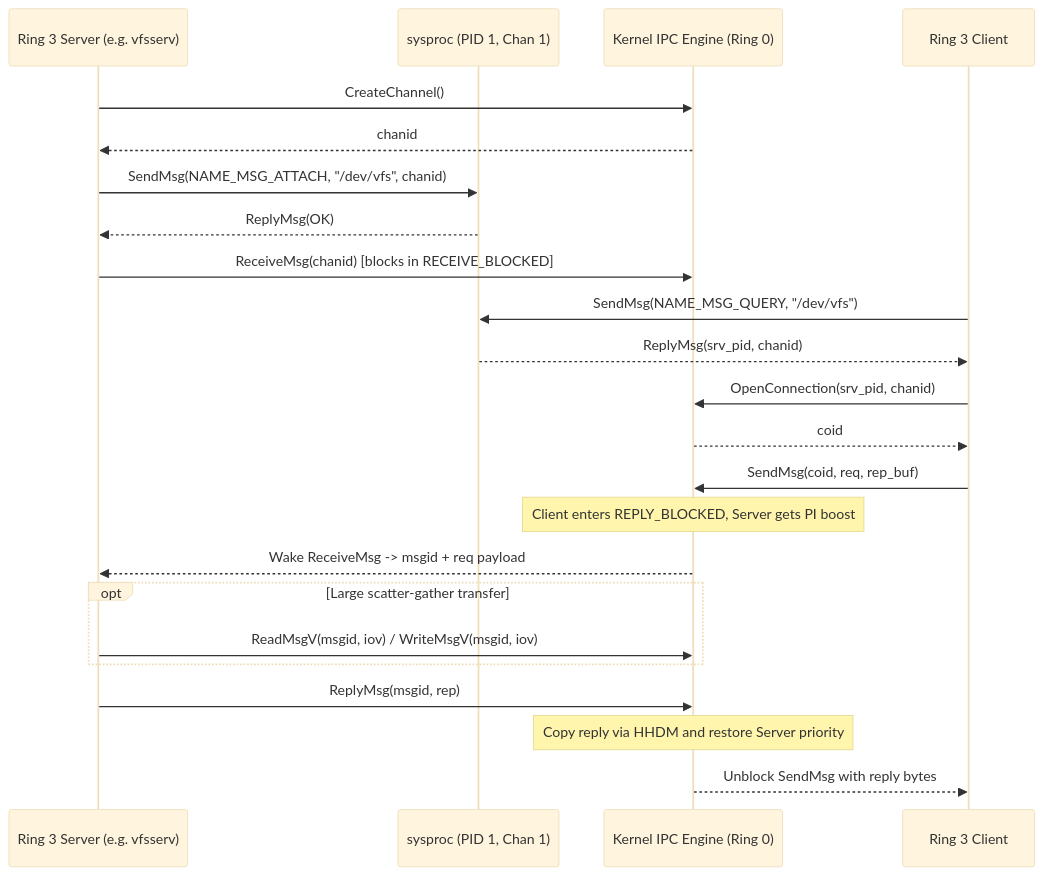
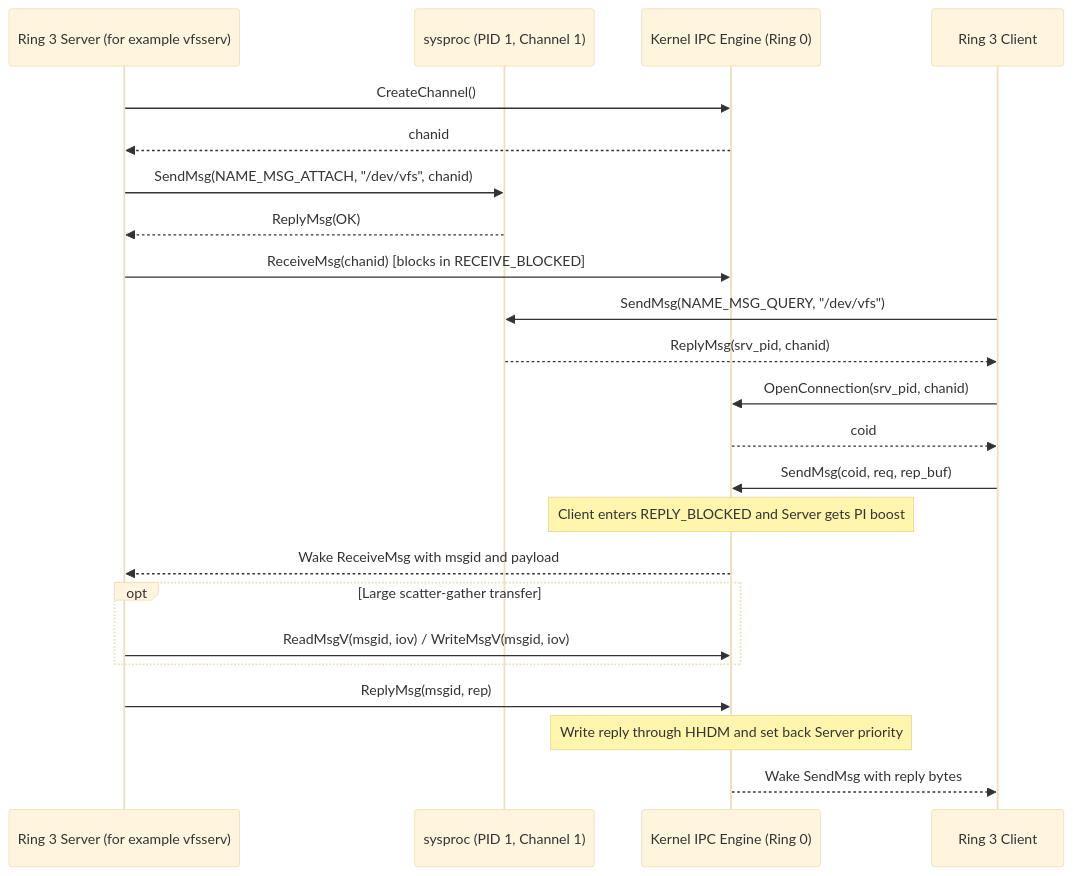
The first of 3 diagrams in docs/30-architecture/ipc.md (Deniz-Eren/microkernel), drawn with Mermaid (base theme) before and after one commit. The commit also changed other lines of this file and 151 other files, not shown here.

````diff
--- a/docs/30-architecture/ipc.md
+++ b/docs/30-architecture/ipc.md
@@ -23,28 +23,28 @@
 ```mermaid
 sequenceDiagram
-    participant Srv as Ring 3 Server (e.g. vfsserv)
-    participant NS as sysproc (PID 1, Chan 1)
+    participant Srv as Ring 3 Server (for example vfsserv)
+    participant NS as sysproc (PID 1, Channel 1)
     participant K as Kernel IPC Engine (Ring 0)
     participant Cli as Ring 3 Client
 
     Srv->>K: CreateChannel()
     K-->>Srv: chanid
     Srv->>NS: SendMsg(NAME_MSG_ATTACH, "/dev/vfs", chanid)
     NS-->>Srv: ReplyMsg(OK)
     Srv->>K: ReceiveMsg(chanid) [blocks in RECEIVE_BLOCKED]
 
     Cli->>NS: SendMsg(NAME_MSG_QUERY, "/dev/vfs")
     NS-->>Cli: ReplyMsg(srv_pid, chanid)
     Cli->>K: OpenConnection(srv_pid, chanid)
     K-->>Cli: coid
 
     Cli->>K: SendMsg(coid, req, rep_buf)
-    Note over K: Client enters REPLY_BLOCKED, Server gets PI boost
-    K-->>Srv: Wake ReceiveMsg -> msgid + req payload
+    Note over K: Client enters REPLY_BLOCKED and Server gets PI boost
+    K-->>Srv: Wake ReceiveMsg with msgid and payload
     opt Large scatter-gather transfer
         Srv->>K: ReadMsgV(msgid, iov) / WriteMsgV(msgid, iov)
     end
     Srv->>K: ReplyMsg(msgid, rep)
-    Note over K: Copy reply via HHDM and restore Server priority
-    K-->>Cli: Unblock SendMsg with reply bytes
+    Note over K: Write reply through HHDM and set back Server priority
+    K-->>Cli: Wake SendMsg with reply bytes
 ```
````
